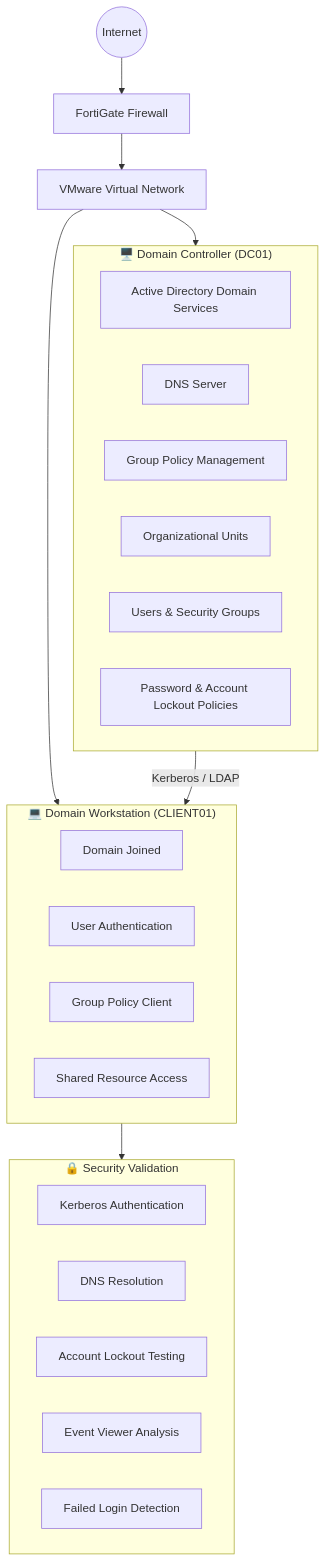
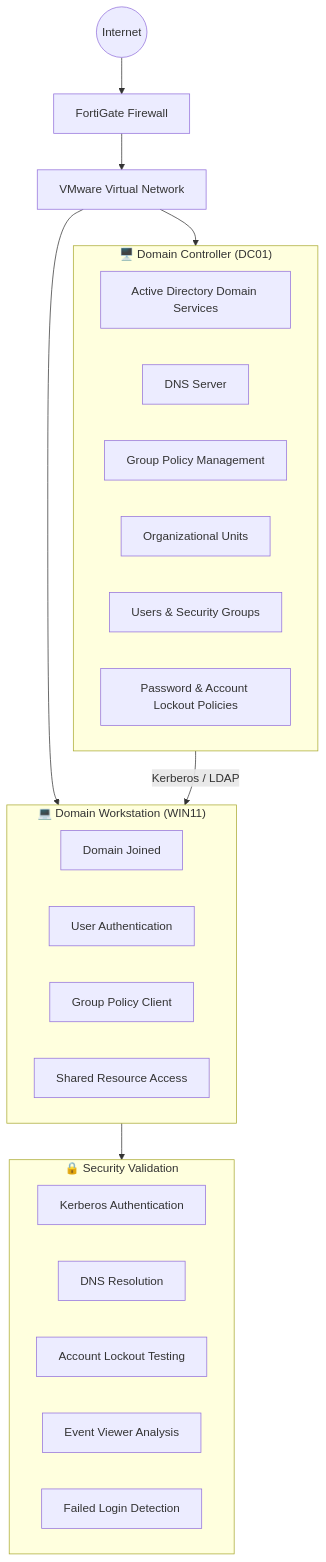
The diagram in README.md (JustinParker1993/active-directory-homelab), drawn with Mermaid before and after one commit. The commit also changed other lines of this file, not shown here.

Commit message:
Update README to improve structure and clarity
Reorganize skills and technologies sections in README

````diff
--- a/README.md
+++ b/README.md
@@ -87,40 +70,40 @@
 ```mermaid
 flowchart TB
 
     Internet((Internet))
     FortiGate[FortiGate Firewall]
     VMware[VMware Virtual Network]
 
     Internet --> FortiGate
     FortiGate --> VMware
 
     subgraph DC["🖥️ Domain Controller (DC01)"]
         AD[Active Directory Domain Services]
         DNS[DNS Server]
         GPO[Group Policy Management]
         OU[Organizational Units]
         Users[Users & Security Groups]
         Policies[Password & Account Lockout Policies]
     end
 
-    subgraph Client["💻 Domain Workstation (CLIENT01)"]
+    subgraph Client["💻 Domain Workstation (WIN11)"]
         Join[Domain Joined]
         Login[User Authentication]
         GPClient[Group Policy Client]
         Shared[Shared Resource Access]
     end
 
     subgraph Validation["🔒 Security Validation"]
         Kerberos[Kerberos Authentication]
         DNSRes[DNS Resolution]
         Lockout[Account Lockout Testing]
         Events[Event Viewer Analysis]
         Failed[Failed Login Detection]
     end
 
     VMware --> DC
-    VMware --> Client
+    VMware --> Client 
 
     DC -->|Kerberos / LDAP| Client
     Client --> Validation
 ```   
````
